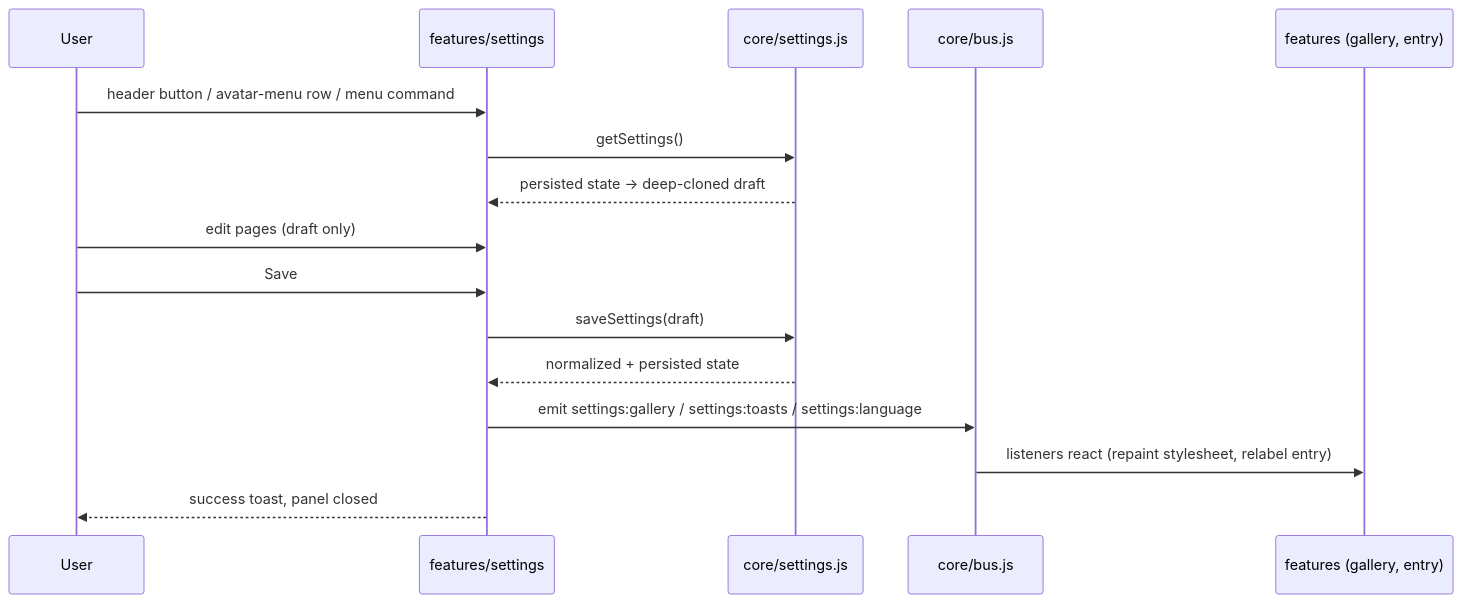
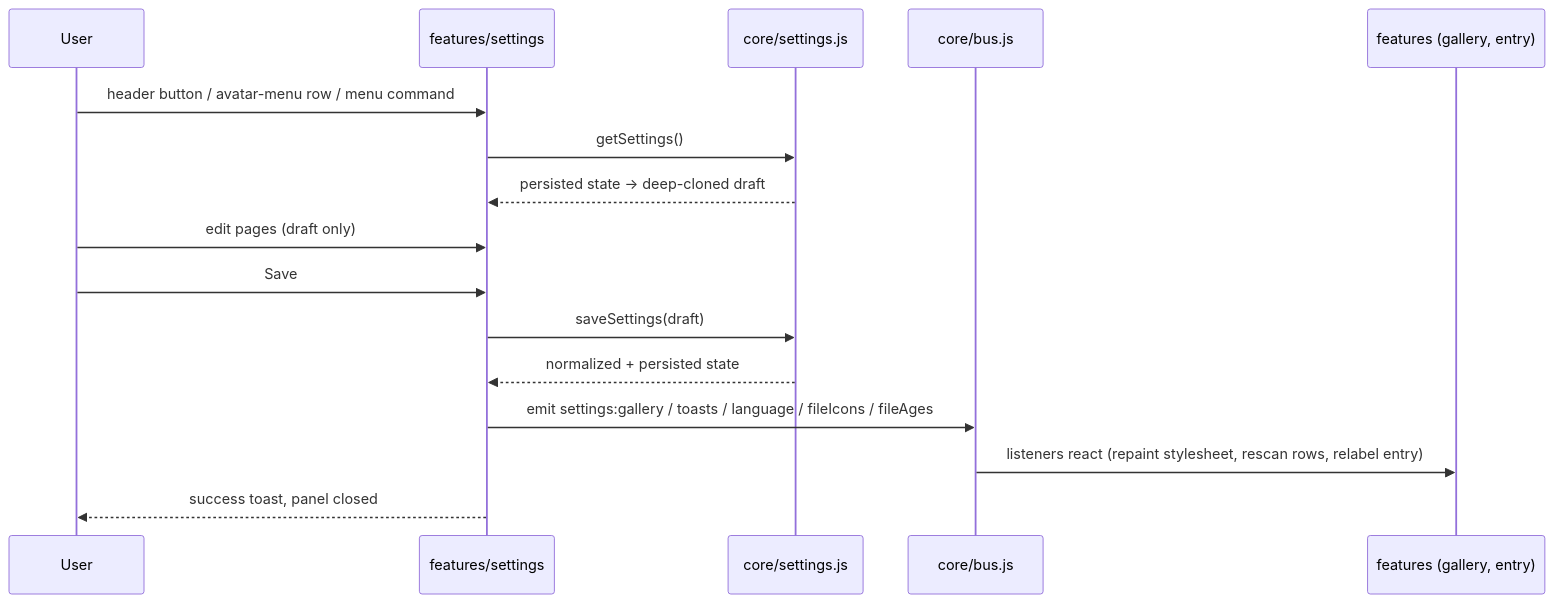
One commit to NemoKing1210/github-plus changed the third of 3 diagrams in docs/ARCHITECTURE.md. Above: the diagram before and after it, drawn with Mermaid. The commit also changed other lines of this file and 43 other files, not shown here.

````diff
--- a/docs/ARCHITECTURE.md
+++ b/docs/ARCHITECTURE.md
@@ -140,19 +149,19 @@
 ```mermaid
 sequenceDiagram
   participant U as User
   participant P as features/settings
   participant S as core/settings.js
   participant B as core/bus.js
   participant F as features (gallery, entry)
 
   U->>P: header button / avatar-menu row / menu command
   P->>S: getSettings()
   S-->>P: persisted state → deep-cloned draft
   U->>P: edit pages (draft only)
   U->>P: Save
   P->>S: saveSettings(draft)
   S-->>P: normalized + persisted state
-  P->>B: emit settings:gallery / settings:toasts / settings:language
-  B->>F: listeners react (repaint stylesheet, relabel entry)
+  P->>B: emit settings:gallery / toasts / language / fileIcons / fileAges
+  B->>F: listeners react (repaint stylesheet, rescan rows, relabel entry)
   P-->>U: success toast, panel closed
 ```
````
